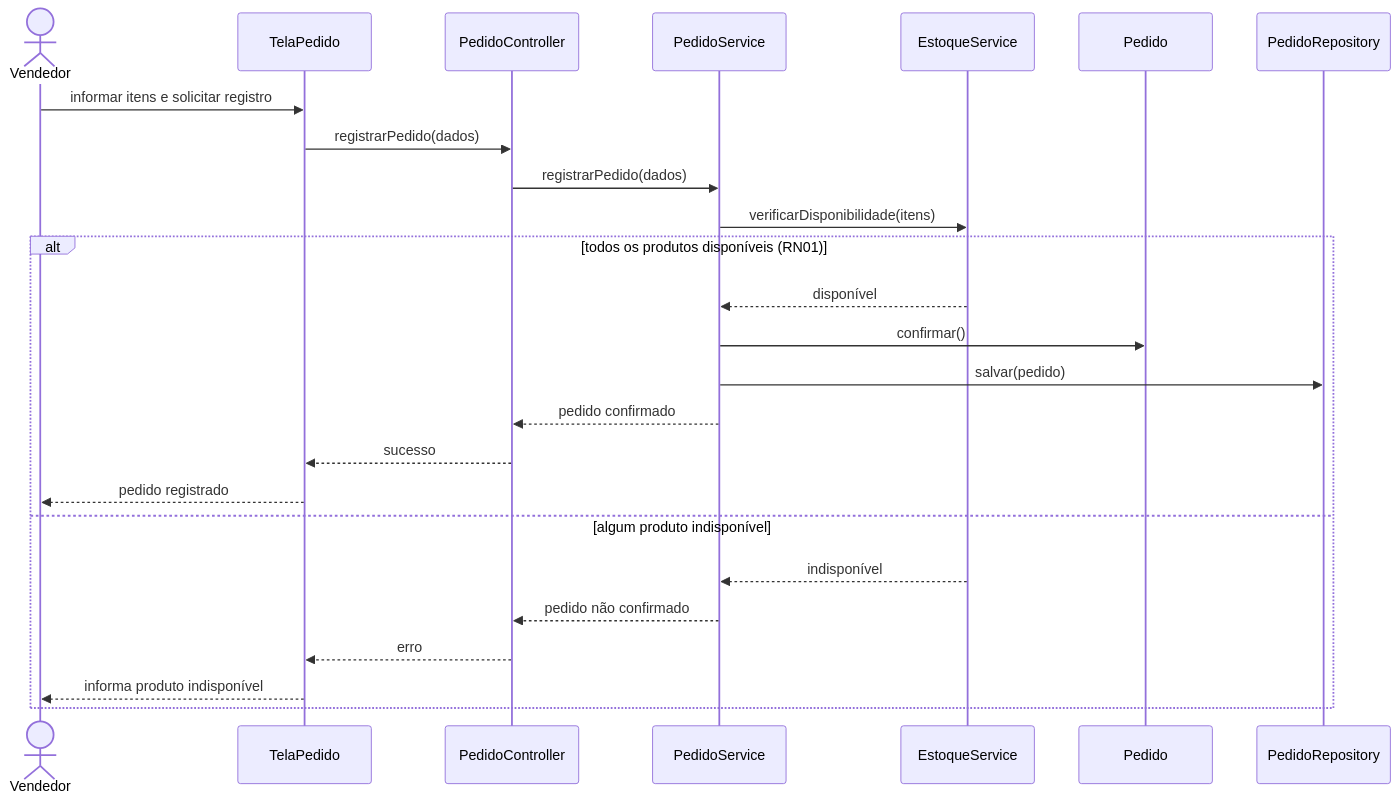
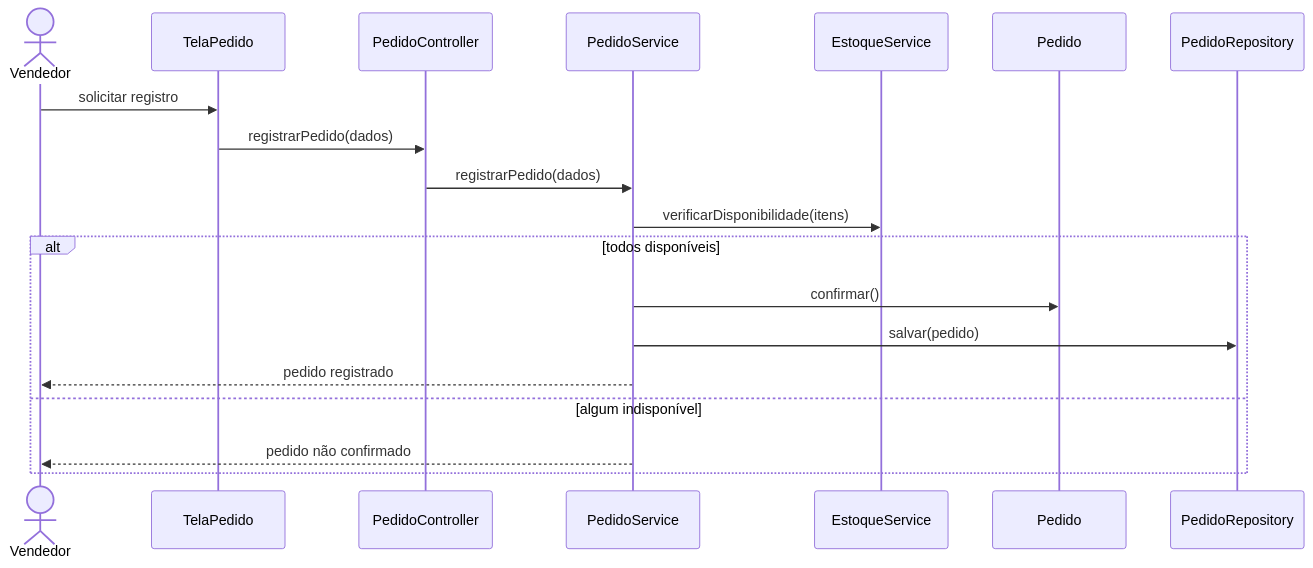
Before and after one commit to PedroWatermann/UEM_Eng_Soft: the tenth of 13 diagrams in 2_ano/4_semestre/AnaliseProjetoSoftware/ListaExercícios/Lista_6.md, drawn with Mermaid. The commit also changed other lines of this file and 1 other file, not shown here.

````diff
--- a/2_ano/4_semestre/AnaliseProjetoSoftware/ListaExercícios/Lista_6.md
+++ b/2_ano/4_semestre/AnaliseProjetoSoftware/ListaExercícios/Lista_6.md
@@ -569,28 +254,15 @@
 ```mermaid
 sequenceDiagram
     actor Vendedor
-    participant TelaPedido
-    participant PedidoController
-    participant PedidoService
-    participant EstoqueService
-    participant Pedido
-    participant PedidoRepository
-
-    Vendedor->>TelaPedido: informar itens e solicitar registro
+    Vendedor->>TelaPedido: solicitar registro
     TelaPedido->>PedidoController: registrarPedido(dados)
     PedidoController->>PedidoService: registrarPedido(dados)
     PedidoService->>EstoqueService: verificarDisponibilidade(itens)
-    alt todos os produtos disponíveis (RN01)
-        EstoqueService-->>PedidoService: disponível
+    alt todos disponíveis
         PedidoService->>Pedido: confirmar()
         PedidoService->>PedidoRepository: salvar(pedido)
-        PedidoService-->>PedidoController: pedido confirmado
-        PedidoController-->>TelaPedido: sucesso
-        TelaPedido-->>Vendedor: pedido registrado
-    else algum produto indisponível
-        EstoqueService-->>PedidoService: indisponível
-        PedidoService-->>PedidoController: pedido não confirmado
-        PedidoController-->>TelaPedido: erro
-        TelaPedido-->>Vendedor: informa produto indisponível
+        PedidoService-->>Vendedor: pedido registrado
+    else algum indisponível
+        PedidoService-->>Vendedor: pedido não confirmado
     end
 ```
````
